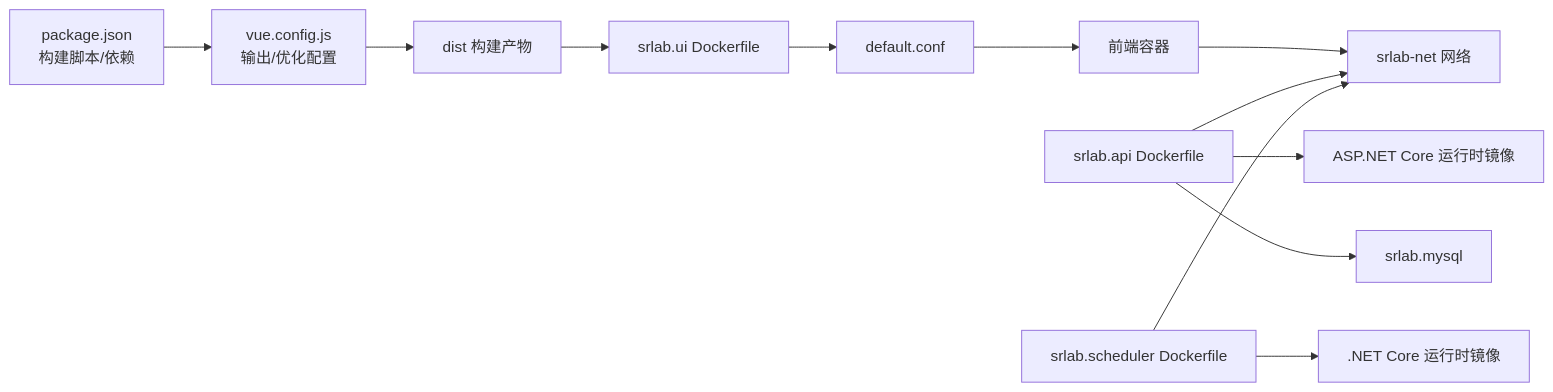
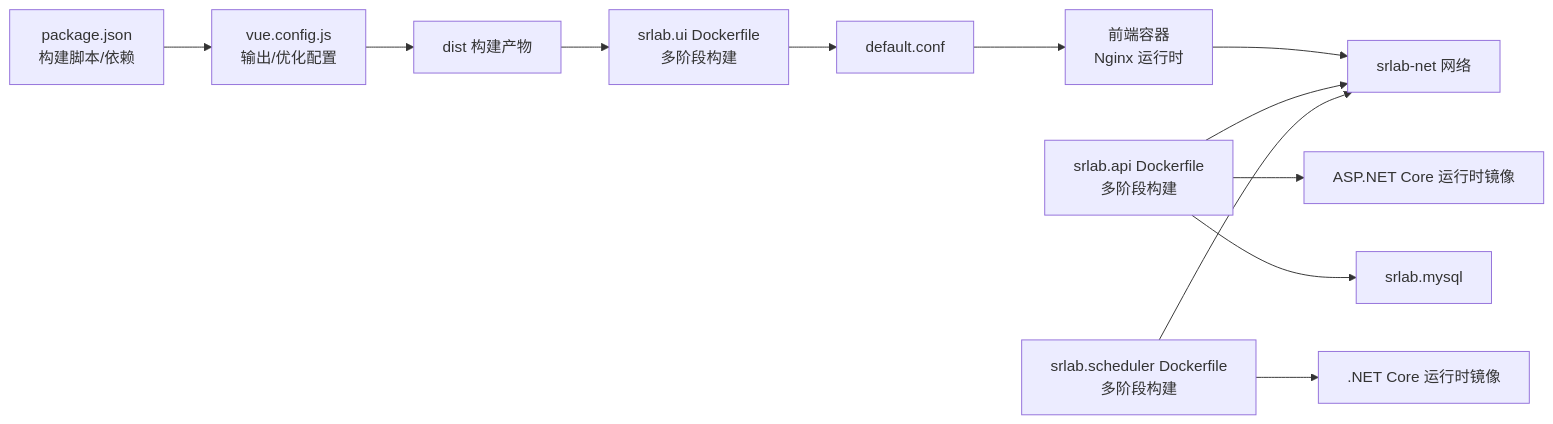
The sixth of 6 diagrams in .qoder/repowiki/zh/content/前端应用/构建部署/Docker 容器化.md (TinyMaD/SpeedRunnersLab), drawn with Mermaid before and after one commit. The commit also changed other lines of this file and 9 other files, not shown here.

````diff
--- a/.qoder/repowiki/zh/content/前端应用/构建部署/Docker 容器化.md
+++ b/.qoder/repowiki/zh/content/前端应用/构建部署/Docker 容器化.md
@@ -236,14 +308,14 @@
 ```mermaid
 graph LR
 Pkg["package.json<br/>构建脚本/依赖"] --> VC["vue.config.js<br/>输出/优化配置"]
 VC --> Dist["dist 构建产物"]
-Dist --> DFUI["srlab.ui Dockerfile"]
+Dist --> DFUI["srlab.ui Dockerfile<br/>多阶段构建"]
 DFUI --> NConf["default.conf"]
-NConf --> UI["前端容器"]
-API["srlab.api Dockerfile"] --> APIImg["ASP.NET Core 运行时镜像"]
-Sched["srlab.scheduler Dockerfile"] --> SchedImg[".NET Core 运行时镜像"]
+NConf --> UI["前端容器<br/>Nginx 运行时"]
+API["srlab.api Dockerfile<br/>多阶段构建"] --> APIImg["ASP.NET Core 运行时镜像"]
+Sched["srlab.scheduler Dockerfile<br/>多阶段构建"] --> SchedImg[".NET Core 运行时镜像"]
 UI --> Net["srlab-net 网络"]
 API --> Net
 Sched --> Net
 API --> MySQL["srlab.mysql"]
 ```
````
